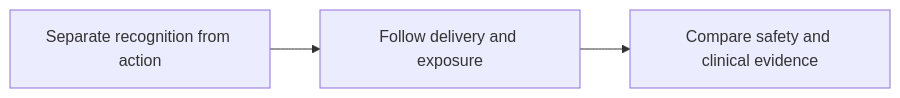
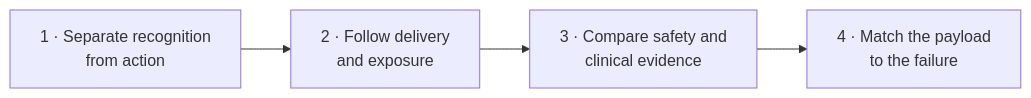
Before and after one commit to jasonLaster/oncoguide: the diagram in wiki/education/guides/aiming-a-drug-at-a-surface-target/index.md, drawn with Mermaid. The commit also changed other lines of this file and 322 other files, not shown here.

````diff
--- a/wiki/education/guides/aiming-a-drug-at-a-surface-target/index.md
+++ b/wiki/education/guides/aiming-a-drug-at-a-surface-target/index.md
@@ -34,5 +35,6 @@
 ```mermaid
 flowchart LR
- A["Separate recognition from action"] --> B["Follow delivery and exposure"]
- B --> C["Compare safety and clinical evidence"]
+ A["1 · Separate recognition<br/>from action"] --> B["2 · Follow delivery<br/>and exposure"]
+ B --> C["3 · Compare safety and<br/>clinical evidence"]
+ C --> D["4 · Match the payload<br/>to the failure"]
 ```
````
